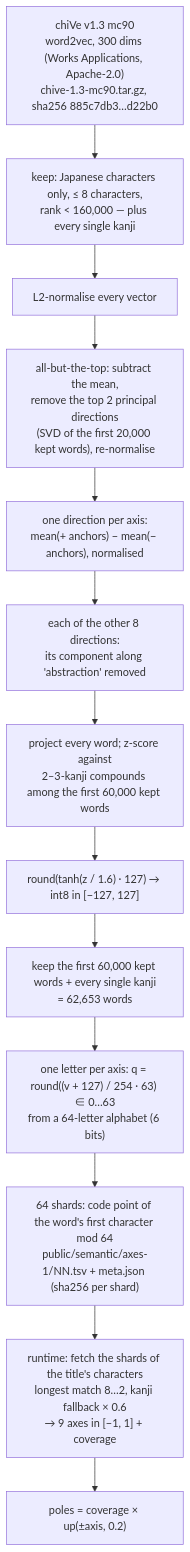
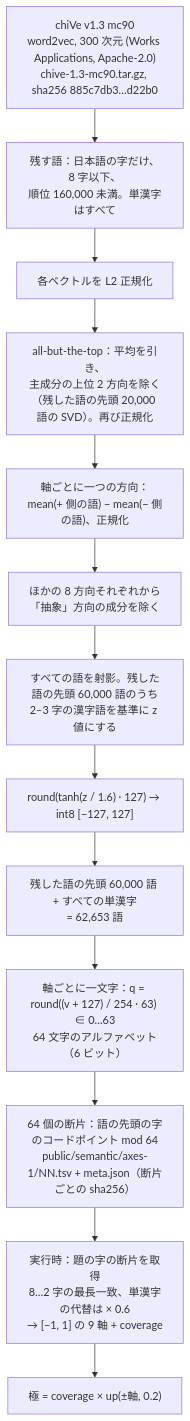
Before and after one commit to endoftheyukky/kotoba-no-katachi: the diagram in docs/semantics.md, drawn with Mermaid. The commit also changed other lines of this file and 13 other files, not shown here.

````diff
--- a/docs/semantics.md
+++ b/docs/semantics.md
@@ -13,15 +7,15 @@
 ```mermaid
 flowchart TD
-  C["chiVe v1.3 mc90<br/>word2vec, 300 dims (Works Applications, Apache-2.0)<br/>chive-1.3-mc90.tar.gz, sha256 885c7db3…d22b0"] --> F["keep: Japanese characters only, ≤ 8 characters,<br/>rank &lt; 160,000 — plus every single kanji"]
-  F --> N["L2-normalise every vector"]
-  N --> T["all-but-the-top: subtract the mean,<br/>remove the top 2 principal directions<br/>(SVD of the first 20,000 kept words), re-normalise"]
-  T --> D["one direction per axis:<br/>mean(+ anchors) − mean(− anchors), normalised"]
-  D --> O["each of the other 8 directions:<br/>its component along 'abstraction' removed"]
-  O --> Z["project every word; z-score against<br/>2–3-kanji compounds among the first 60,000 kept words"]
-  Z --> Q8["round(tanh(z / 1.6) · 127) → int8 in [−127, 127]"]
-  Q8 --> SEL["keep the first 60,000 kept words + every single kanji<br/>= 62,653 words"]
-  SEL --> Q6["one letter per axis: q = round((v + 127) / 254 · 63) ∈ 0…63<br/>from a 64-letter alphabet (6 bits)"]
-  Q6 --> SH["64 shards: code point of the word's first character mod 64<br/>public/semantic/axes-1/NN.tsv + meta.json (sha256 per shard)"]
-  SH --> RT["runtime: fetch the shards of the title's characters<br/>longest match 8…2, kanji fallback × 0.6<br/>→ 9 axes in [−1, 1] + coverage"]
-  RT --> P["poles = coverage × up(±axis, 0.2)"]
+  C["chiVe v1.3 mc90<br/>word2vec, 300 次元 (Works Applications, Apache-2.0)<br/>chive-1.3-mc90.tar.gz, sha256 885c7db3…d22b0"] --> F["残す語：日本語の字だけ、8 字以下、<br/>順位 160,000 未満。単漢字はすべて"]
+  F --> N["各ベクトルを L2 正規化"]
+  N --> T["all-but-the-top：平均を引き、<br/>主成分の上位 2 方向を除く<br/>（残した語の先頭 20,000 語の SVD）。再び正規化"]
+  T --> D["軸ごとに一つの方向：<br/>mean(+ 側の語) − mean(− 側の語)、正規化"]
+  D --> O["ほかの 8 方向それぞれから<br/>「抽象」方向の成分を除く"]
+  O --> Z["すべての語を射影。残した語の先頭 60,000 語のうち<br/>2–3 字の漢字語を基準に z 値にする"]
+  Z --> Q8["round(tanh(z / 1.6) · 127) → int8 [−127, 127]"]
+  Q8 --> SEL["残した語の先頭 60,000 語 + すべての単漢字<br/>= 62,653 語"]
+  SEL --> Q6["軸ごとに一文字：q = round((v + 127) / 254 · 63) ∈ 0…63<br/>64 文字のアルファベット（6 ビット）"]
+  Q6 --> SH["64 個の断片：語の先頭の字のコードポイント mod 64<br/>public/semantic/axes-1/NN.tsv + meta.json（断片ごとの sha256）"]
+  SH --> RT["実行時：題の字の断片を取得<br/>8…2 字の最長一致、単漢字の代替は × 0.6<br/>→ [−1, 1] の 9 軸 + coverage"]
+  RT --> P["極 = coverage × up(±軸, 0.2)"]
 ```
````
